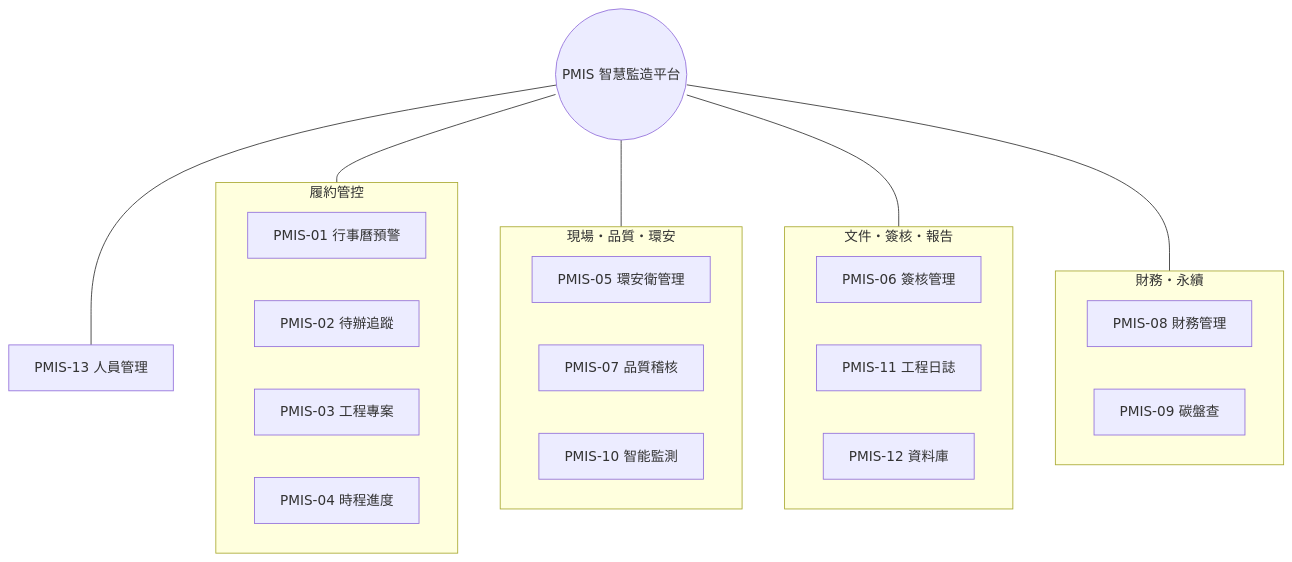
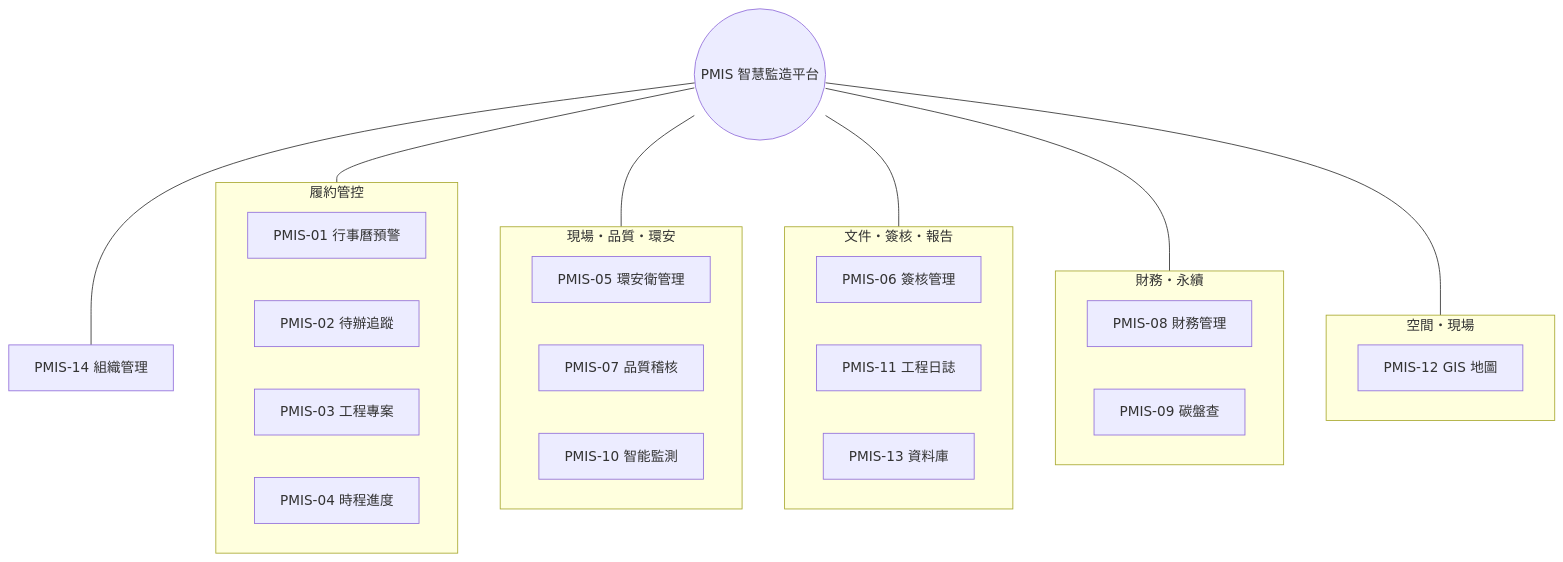
The first of 2 diagrams in src/content/feature-guide.md (CAFECA-IO/PMIS), drawn with Mermaid before and after one commit. The commit also changed other lines of this file and 106 other files, not shown here.

````diff
--- a/src/content/feature-guide.md
+++ b/src/content/feature-guide.md
@@ -7,26 +7,29 @@
 ```mermaid
 flowchart TB
   HUB(("PMIS 智慧監造平台"))
   subgraph A[履約管控]
     M1[PMIS-01 行事曆預警]
     M2[PMIS-02 待辦追蹤]
     M3[PMIS-03 工程專案]
     M4[PMIS-04 時程進度]
   end
   subgraph B[現場・品質・環安]
     M5[PMIS-05 環安衛管理]
     M7[PMIS-07 品質稽核]
     M10[PMIS-10 智能監測]
   end
   subgraph C[文件・簽核・報告]
     M6[PMIS-06 簽核管理]
     M11[PMIS-11 工程日誌]
-    M12[PMIS-12 資料庫]
+    M13[PMIS-13 資料庫]
   end
   subgraph D[財務・永續]
     M8[PMIS-08 財務管理]
     M9[PMIS-09 碳盤查]
   end
-  M13[PMIS-13 人員管理]
-  HUB --- A & B & C & D & M13
+  subgraph E[空間・現場]
+    M12[PMIS-12 GIS 地圖]
+  end
+  M14[PMIS-14 組織管理]
+  HUB --- A & B & C & D & E & M14
 ```
````
